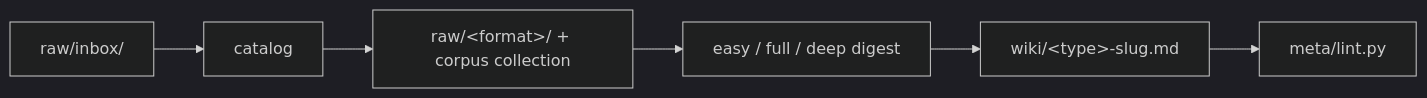
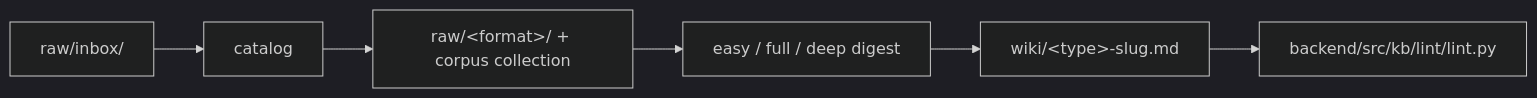
The second of 2 diagrams in README.md (yGit741/kb-distillery), drawn with Mermaid (dark theme) before and after one commit. The commit also changed other lines of this file and 500 other files, not shown here.

````diff
--- a/README.md
+++ b/README.md
@@ -68,8 +68,8 @@
 ```mermaid
 flowchart LR
   Inbox["raw/inbox/"] --> Catalog["catalog"]
   Catalog --> Raw["raw/&lt;format&gt;/ + corpus collection"]
   Raw --> Digest["easy / full / deep digest"]
   Digest --> Wiki["wiki/&lt;type&gt;-slug.md"]
-  Wiki --> Lint["meta/lint.py"]
+  Wiki --> Lint["backend/src/kb/lint/lint.py"]
 ```
````
